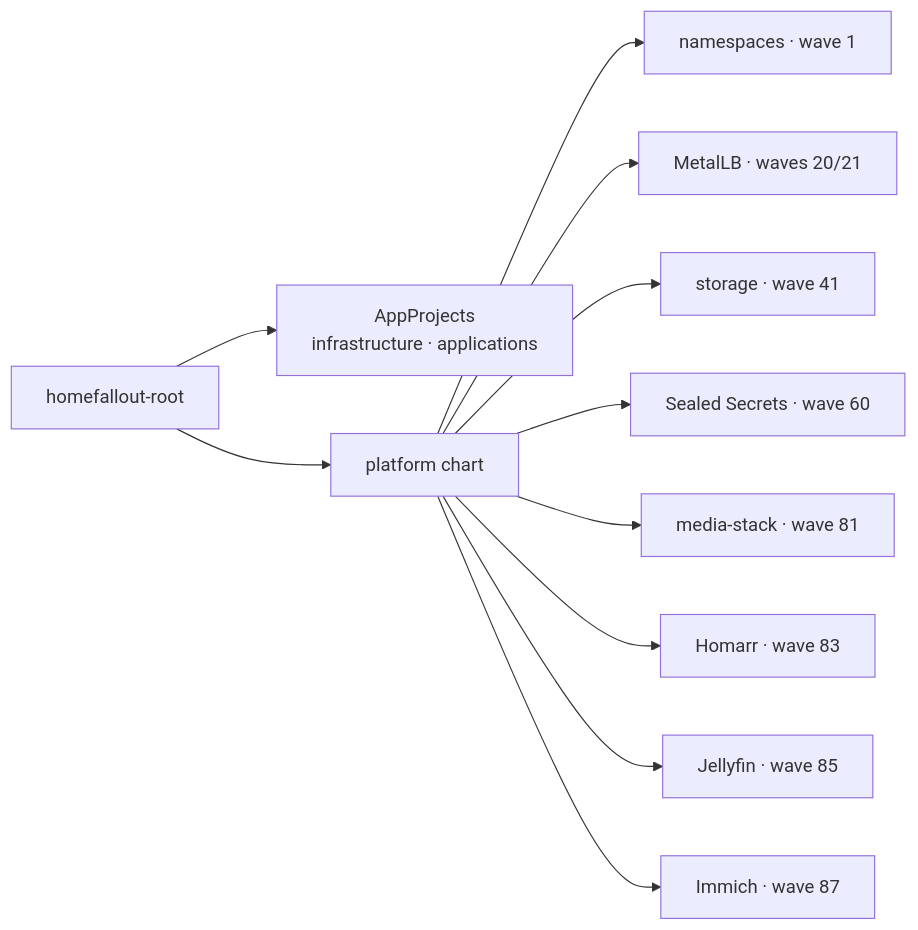
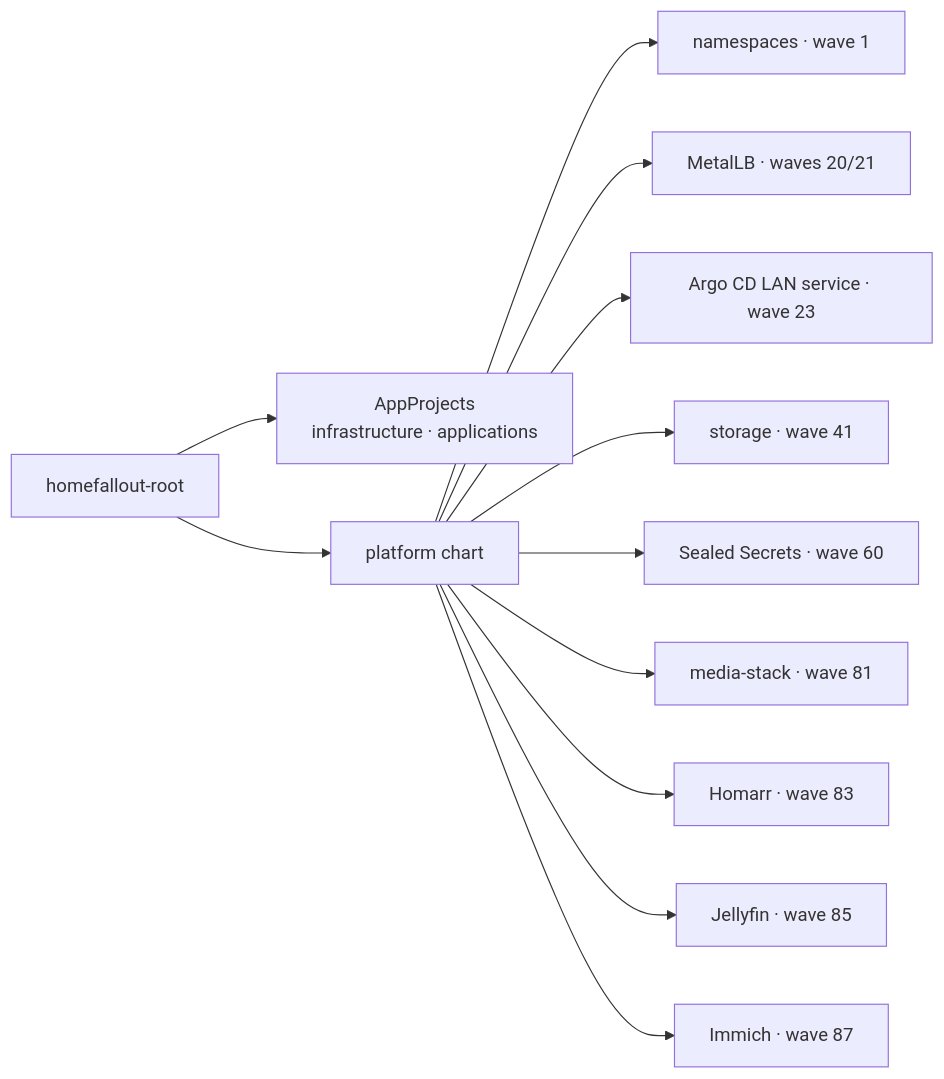
Before and after one commit to chevlpcmp-lab/HomeFalloutServer: the third of 4 diagrams in docs/architecture.md, drawn with Mermaid. The commit also changed other lines of this file and 7 other files, not shown here.

````diff
--- a/docs/architecture.md
+++ b/docs/architecture.md
@@ -110,13 +110,14 @@
 ```mermaid
 flowchart LR
     Root["homefallout-root"] --> Projects["AppProjects<br/>infrastructure · applications"]
     Root --> Platform["platform chart"]
     Platform --> N["namespaces · wave 1"]
     Platform --> M["MetalLB · waves 20/21"]
+    Platform --> A["Argo CD LAN service · wave 23"]
     Platform --> S["storage · wave 41"]
     Platform --> SS["Sealed Secrets · wave 60"]
     Platform --> MS["media-stack · wave 81"]
     Platform --> H["Homarr · wave 83"]
     Platform --> J["Jellyfin · wave 85"]
     Platform --> I["Immich · wave 87"]
 ```
````
